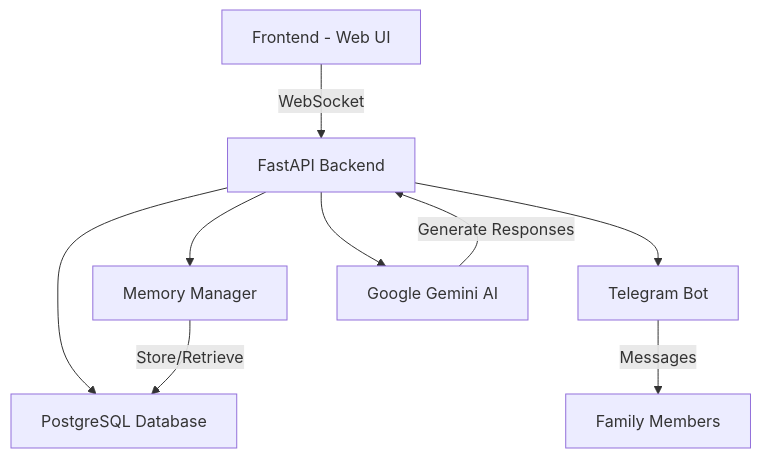
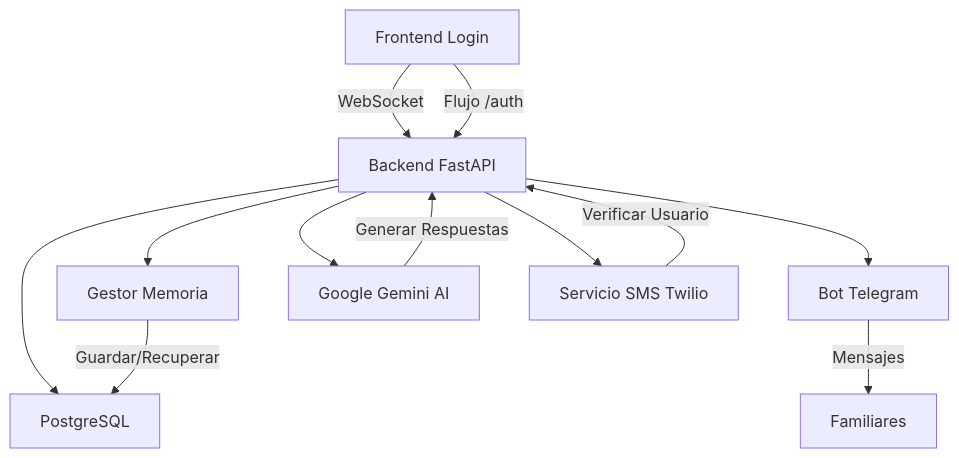
Before and after one commit to ogarmar/Compa: the second of 2 diagrams in Readme.md, drawn with Mermaid. The commit also changed other lines of this file, not shown here.

````diff
--- a/Readme.md
+++ b/Readme.md
@@ -222,11 +243,14 @@
 ```mermaid
 graph TD
-    A[Frontend - Web UI] -->|WebSocket| B[FastAPI Backend]
-    B --> C[Memory Manager]
-    B --> D[Telegram Bot]
+    A[Frontend Login] -->|WebSocket| B[Backend FastAPI]
+    A -->|Flujo /auth| B
+    B --> C[Gestor Memoria]
+    B --> D[Bot Telegram]
     B --> E[Google Gemini AI]
-    B --> F[PostgreSQL Database]
-    D -->|Messages| G[Family Members]
-    C -->|Store/Retrieve| F
-    E -->|Generate Responses| B
+    B --> F[PostgreSQL]
+    B --> G[Servicio SMS Twilio]
+    D -->|Mensajes| H[Familiares]
+    C -->|Guardar/Recuperar| F
+    E -->|Generar Respuestas| B
+    G -->|Verificar Usuario| B
 ```
````
